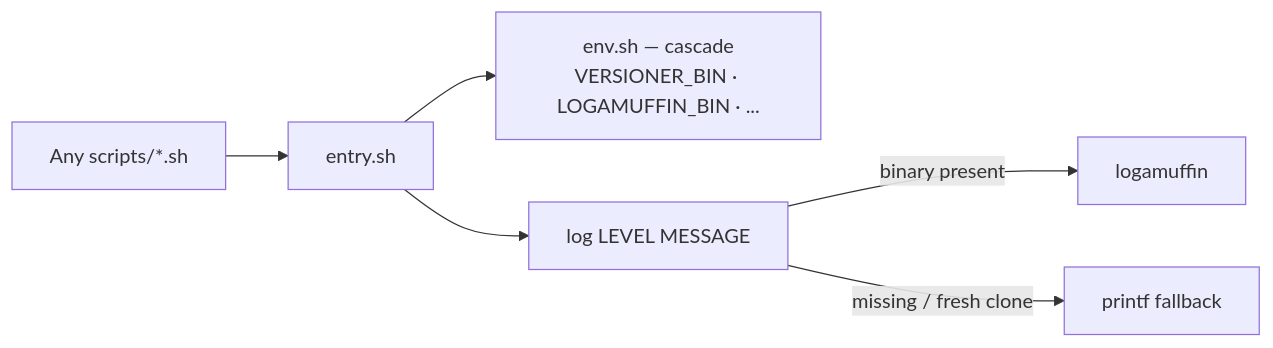
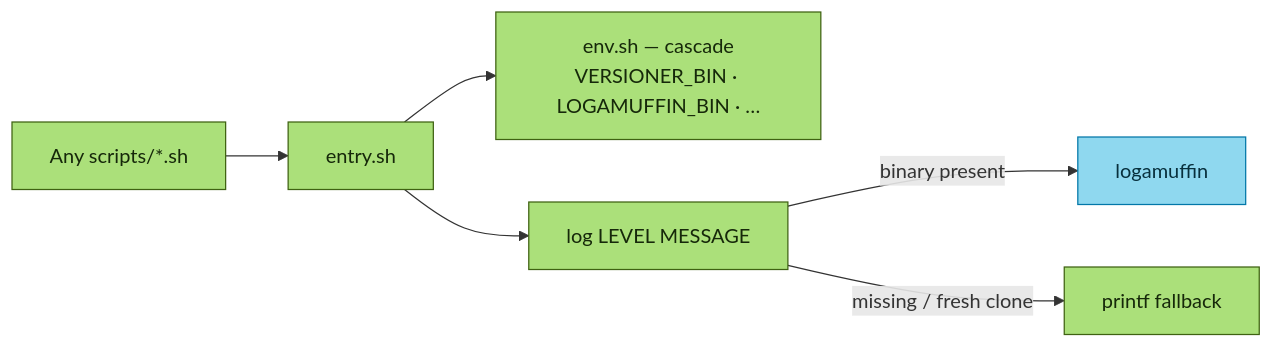
One commit to fordaj/barnacle changed the diagram in scripts/entry.sh.md. Above: the diagram before and after it, drawn with Mermaid. The commit also changed 23 other files, not shown here.

````diff
--- a/scripts/entry.sh.md
+++ b/scripts/entry.sh.md
@@ -3,9 +3,13 @@
 ```mermaid
 flowchart LR
-    Script[Any scripts/*.sh] --> Entry[entry.sh]
-    Entry --> Env[env.sh — cascade<br/>VERSIONER_BIN · LOGAMUFFIN_BIN · ...]
+    Script["Any scripts/*.sh"] --> Entry["entry.sh"]
+    Entry --> Env["env.sh — cascade<br/>VERSIONER_BIN · LOGAMUFFIN_BIN · …"]
     Entry --> Log[log LEVEL MESSAGE]
     Log -->|binary present| Logamuffin[logamuffin]
     Log -->|missing / fresh clone| Fallback[printf fallback]
     click Env href "env.sh.md"
+    class Script,Entry,Env,Log,Fallback shFile
+    class Logamuffin goFile
+    classDef shFile fill:#abe07a,stroke:#3f6212,color:#16280a
+    classDef goFile fill:#8fd8ef,stroke:#0277a8,color:#08303d
 ```
````
